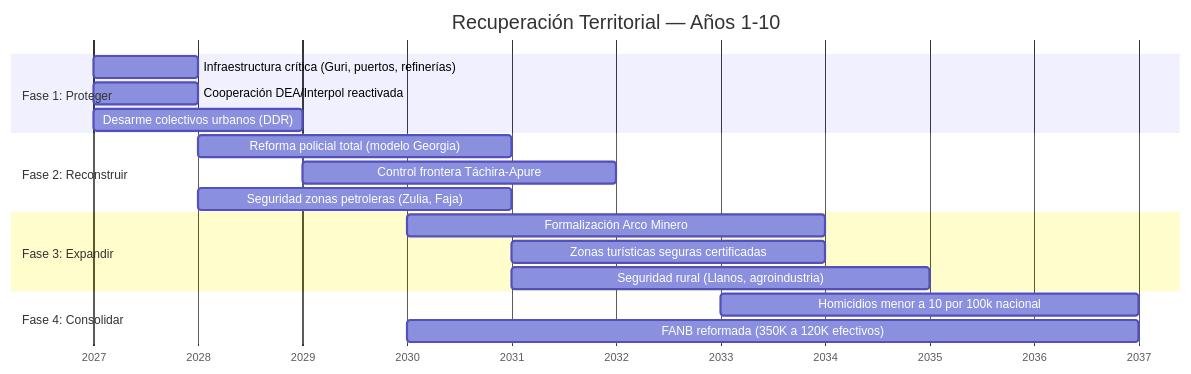
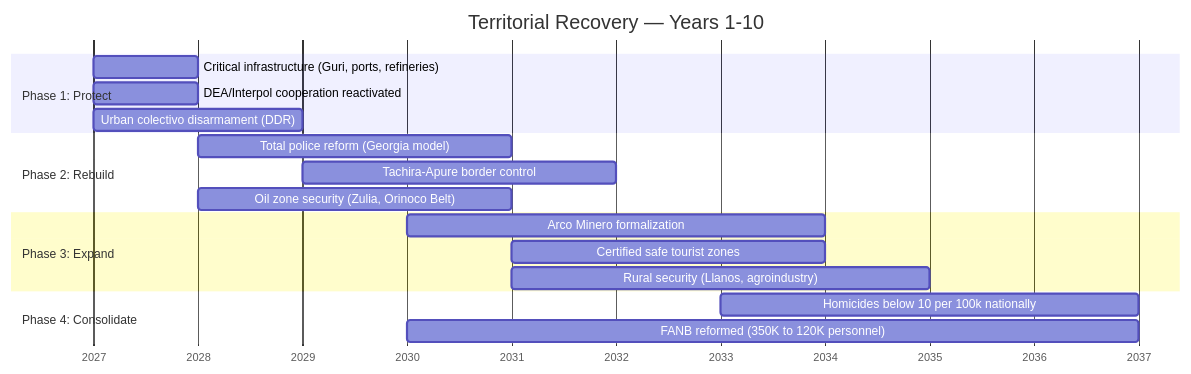
Before and after one commit to Venezuela-S-A/venezuela-sa: the third of 4 diagrams in i18n/en/docusaurus-plugin-content-docs/current/04-gobernanza/seguridad-fisica.md, drawn with Mermaid. The commit also changed other lines of this file and 127 other files, not shown here.

````diff
--- a/i18n/en/docusaurus-plugin-content-docs/current/04-gobernanza/seguridad-fisica.md
+++ b/i18n/en/docusaurus-plugin-content-docs/current/04-gobernanza/seguridad-fisica.md
@@ -139,25 +139,25 @@
 ```mermaid
 gantt
-    title Recuperación Territorial — Años 1-10
+    title Territorial Recovery — Years 1-10
     dateFormat YYYY
     axisFormat %Y
 
-    section Fase 1: Proteger
-    Infraestructura crítica (Guri, puertos, refinerías)    :a1, 2027, 2028
-    Cooperación DEA/Interpol reactivada                    :a2, 2027, 2028
-    Desarme colectivos urbanos (DDR)                       :a3, 2027, 2029
+    section Phase 1: Protect
+    Critical infrastructure (Guri, ports, refineries)      :a1, 2027, 2028
+    DEA/Interpol cooperation reactivated                   :a2, 2027, 2028
+    Urban colectivo disarmament (DDR)                      :a3, 2027, 2029
 
-    section Fase 2: Reconstruir
-    Reforma policial total (modelo Georgia)                :b1, 2028, 2031
-    Control frontera Táchira-Apure                         :b2, 2029, 2032
-    Seguridad zonas petroleras (Zulia, Faja)               :b3, 2028, 2031
+    section Phase 2: Rebuild
+    Total police reform (Georgia model)                    :b1, 2028, 2031
+    Tachira-Apure border control                           :b2, 2029, 2032
+    Oil zone security (Zulia, Orinoco Belt)                :b3, 2028, 2031
 
-    section Fase 3: Expandir
-    Formalización Arco Minero                              :c1, 2030, 2034
-    Zonas turísticas seguras certificadas                  :c2, 2031, 2034
-    Seguridad rural (Llanos, agroindustria)                :c3, 2031, 2035
+    section Phase 3: Expand
+    Arco Minero formalization                              :c1, 2030, 2034
+    Certified safe tourist zones                           :c2, 2031, 2034
+    Rural security (Llanos, agroindustry)                  :c3, 2031, 2035
 
-    section Fase 4: Consolidar
-    Homicidios menor a 10 por 100k nacional                :d1, 2033, 2037
-    FANB reformada (350K a 120K efectivos)                 :d2, 2030, 2037
+    section Phase 4: Consolidate
+    Homicides below 10 per 100k nationally                 :d1, 2033, 2037
+    FANB reformed (350K to 120K personnel)                 :d2, 2030, 2037
 ```
````
